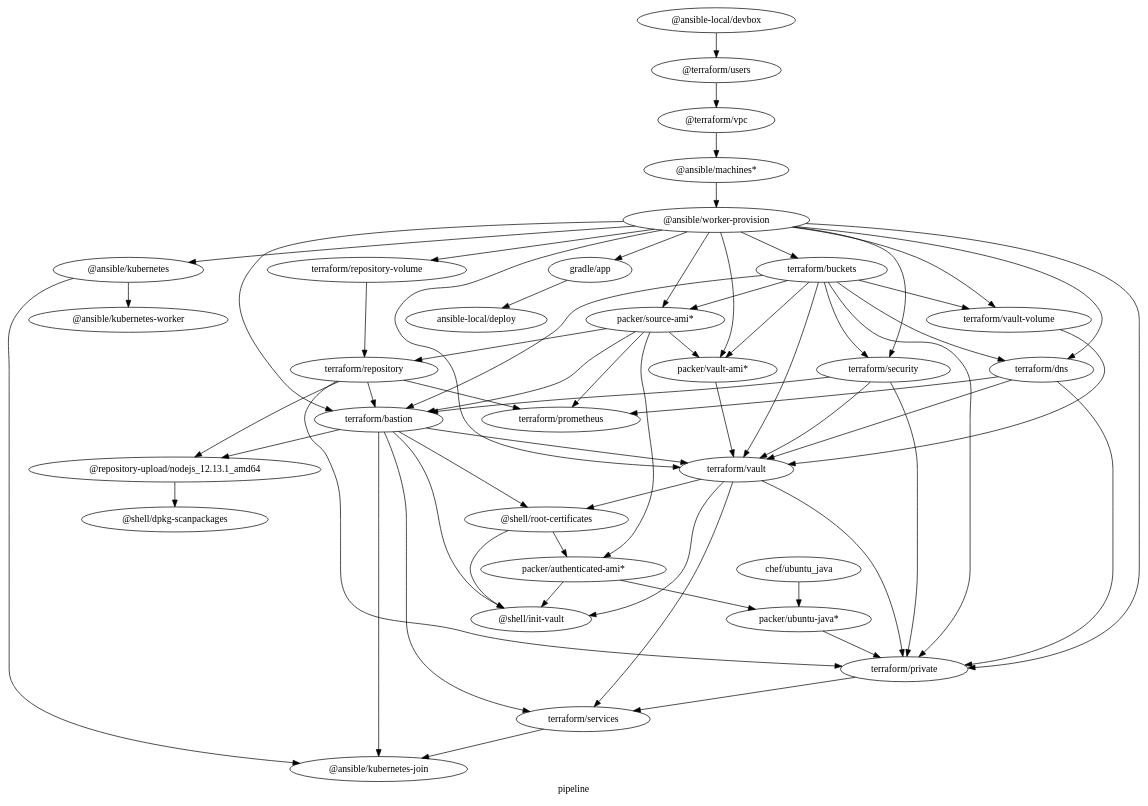
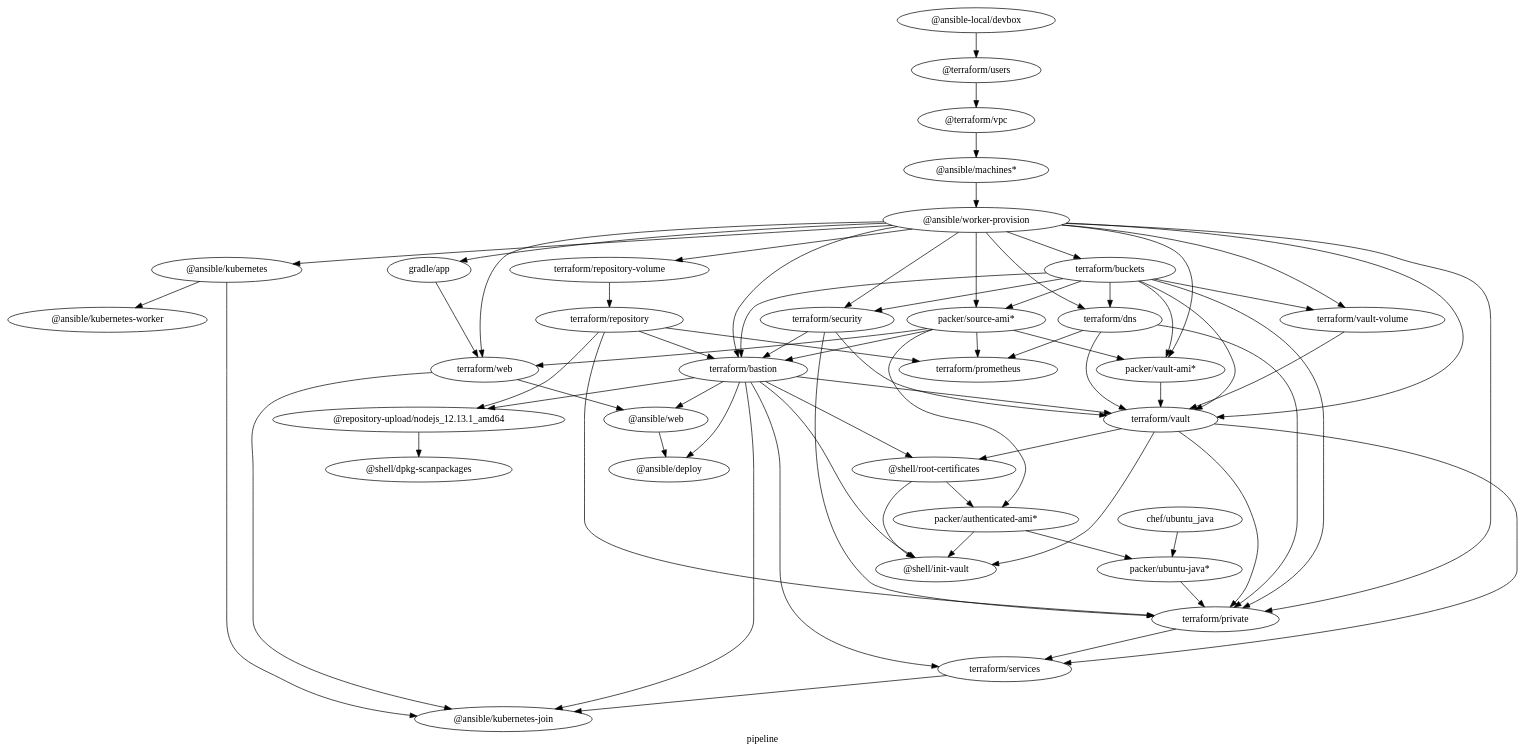
The diagram in architecture.dot (samsquire/mazzle-starter), drawn with Graphviz before and after one commit. The commit also changed 29 other files, not shown here.

Commit message:
Sam install gradle/app on web box, install haproxy

```diff
--- a/architecture.dot
+++ b/architecture.dot
@@ -1,98 +1,103 @@
 digraph G {
   label="pipeline";
   rankdir=TB;
 
 
 
 "packer/source-ami*" -> { "terraform/bastion";
-                          "packer/vault-ami*"
+                          "packer/vault-ami*";
+                          "terraform/web"
                         }
-"packer/source-ami*" -> "terraform/repository";
+
 "terraform/bastion" -> "@repository-upload/nodejs_12.13.1_amd64"
 "terraform/repository" -> "@repository-upload/nodejs_12.13.1_amd64"
 
 "@repository-upload/nodejs_12.13.1_amd64" -> "@shell/dpkg-scanpackages"
 
+"terraform/web" -> "@ansible/kubernetes-join";
 "terraform/bastion" -> "@ansible/kubernetes-join";
 "terraform/services" -> "@ansible/kubernetes-join";
 "@ansible/kubernetes" -> "@ansible/kubernetes-join";
 
+"terraform/bastion" -> "@ansible/deploy";
+"terraform/bastion" -> "@ansible/web";
 "@ansible/worker-provision" -> "terraform/repository-volume" -> "terraform/repository";
 
 "terraform/repository" -> {
   "terraform/bastion";
   "terraform/private";
   "terraform/prometheus";
 }
 
-"gradle/app" -> "ansible-local/deploy";
+"gradle/app" -> "terraform/web" -> "@ansible/web" -> "@ansible/deploy";
 "@ansible/kubernetes" -> "@ansible/kubernetes-worker";
 "@ansible/worker-provision" -> {
+  "terraform/web";
   "gradle/app";
   "@ansible/kubernetes";
   "terraform/buckets";
   "terraform/vault";
   "terraform/dns";
   "terraform/bastion";
   "terraform/vault-volume";
   "packer/source-ami*";
   "terraform/security";
   "terraform/private";
   "packer/vault-ami*"
 }
 
 "terraform/buckets" -> {
   "terraform/vault";
   "terraform/dns";
   "terraform/bastion";
   "terraform/vault-volume";
   "packer/source-ami*";
   "terraform/security";
   "terraform/private";
   "packer/vault-ami*"
 }
 
 "packer/vault-ami*" -> "terraform/vault"
 
 "@terraform/vpc" -> "@ansible/machines*" -> "@ansible/worker-provision"
 
 "terraform/vault" -> "terraform/private";
 
 { "terraform/vault";
 "terraform/bastion";
 "terraform/private"; } -> "terraform/services";
 
 "terraform/vault-volume" -> "terraform/vault";
 
  "terraform/dns" -> "terraform/private";
  "terraform/dns" -> "terraform/vault";
 
 "terraform/security" -> "terraform/vault"
 
 "terraform/security" -> "terraform/bastion";
 "terraform/security" -> "terraform/private";
 
 "chef/ubuntu_java" -> "packer/ubuntu-java*";
 
 "@ansible-local/devbox" -> "@terraform/users" -> "@terraform/vpc";
 
 "terraform/bastion" -> "@shell/root-certificates";
 
 "terraform/vault" -> "@shell/root-certificates";
 "terraform/bastion" -> "terraform/vault";
 
 "terraform/bastion" -> "@shell/init-vault";
 "terraform/vault" -> "@shell/init-vault";
 
 "@shell/root-certificates" -> "packer/authenticated-ami*";
 
 "packer/ubuntu-java*" -> "terraform/private";
 
 "packer/source-ami*" -> "packer/authenticated-ami*";
 "packer/authenticated-ami*" -> "packer/ubuntu-java*";
 "packer/authenticated-ami*" -> "@shell/init-vault";
 "@shell/root-certificates" -> "@shell/init-vault";
 
  "terraform/dns" -> "terraform/prometheus";
  "packer/source-ami*" -> "terraform/prometheus";
 }
```
